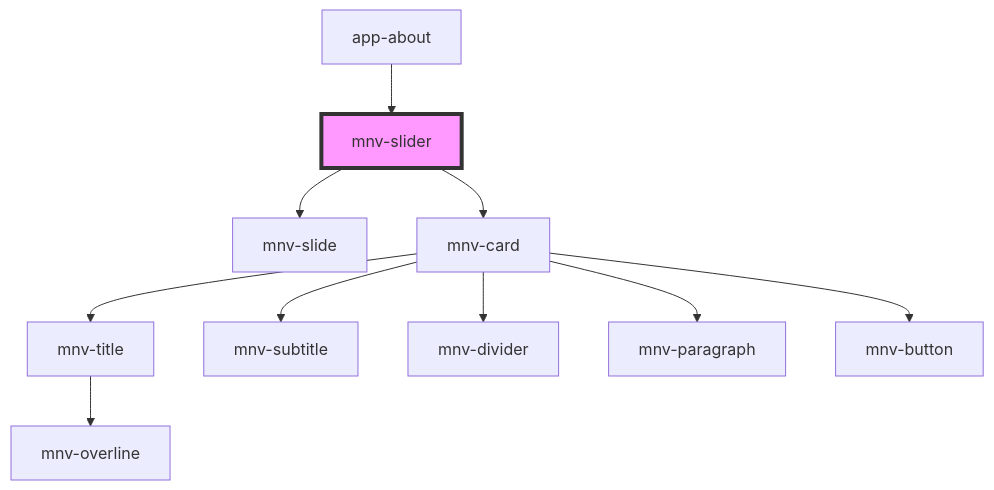
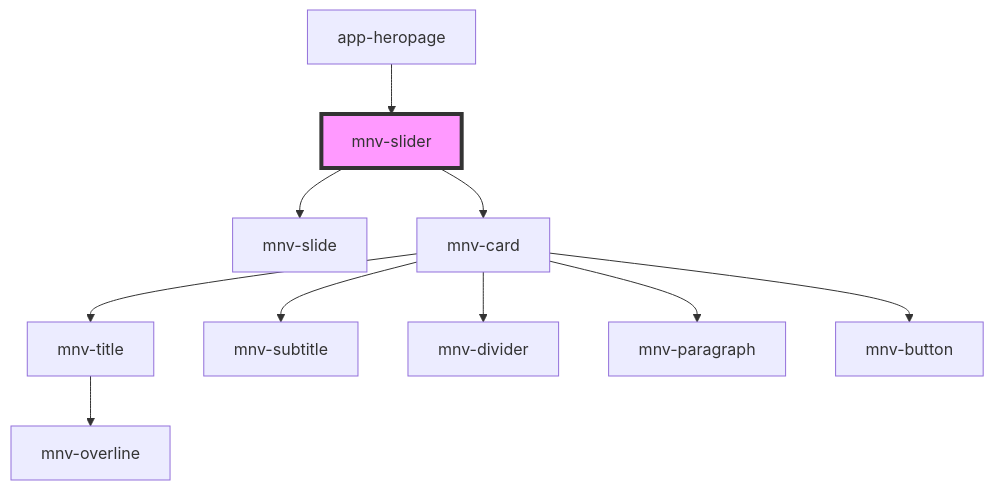
The diagram in src/components/mnv-slider/readme.md (rafaela-vairo/ufrj-sustainable), drawn with Mermaid before and after one commit. The commit also changed other lines of this file and 27 other files, not shown here.

````diff
--- a/src/components/mnv-slider/readme.md
+++ b/src/components/mnv-slider/readme.md
@@ -32,13 +32,13 @@
 ```mermaid
 graph TD;
   mnv-slider --> mnv-slide
   mnv-slider --> mnv-card
   mnv-card --> mnv-title
   mnv-card --> mnv-subtitle
   mnv-card --> mnv-divider
   mnv-card --> mnv-paragraph
   mnv-card --> mnv-button
   mnv-title --> mnv-overline
-  app-about --> mnv-slider
+  app-heropage --> mnv-slider
   style mnv-slider fill:#f9f,stroke:#333,stroke-width:4px
 ```
````
